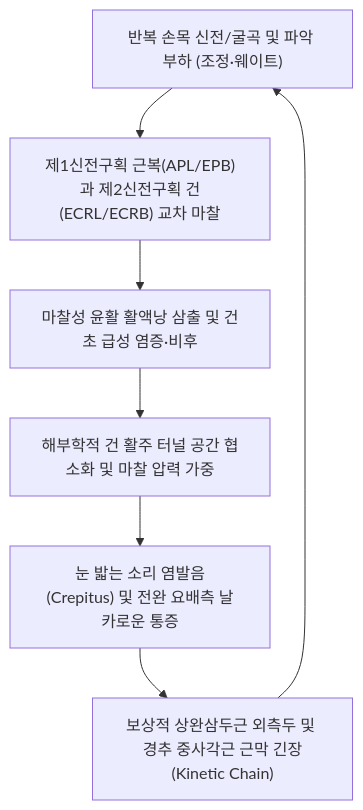
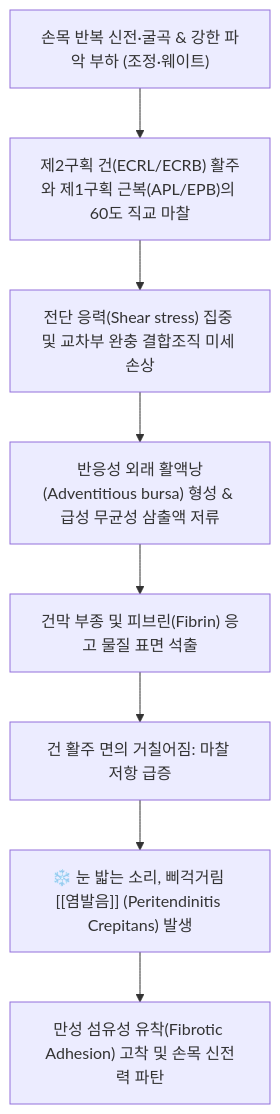
The first of 3 diagrams in content/3. 이론 공부/질환/근골격계 질환/척추/교차점 증후군.md (simbio11/simbio-digital-garden2), drawn with Mermaid before and after one commit. The commit also changed other lines of this file and 350 other files, not shown here.

````diff
--- a/content/3. 이론 공부/질환/근골격계 질환/척추/교차점 증후군.md
+++ b/content/3. 이론 공부/질환/근골격계 질환/척추/교차점 증후군.md
@@ -97,9 +127,10 @@
 ```mermaid
 flowchart TD
-  A["반복 손목 신전/굴곡 및 파악 부하 (조정·웨이트)"] --> B["제1신전구획 근복(APL/EPB)과 제2신전구획 건(ECRL/ECRB) 교차 마찰"]
-  B --> C["마찰성 윤활 활액낭 삼출 및 건초 급성 염증·비후"]
-  C --> D["해부학적 건 활주 터널 공간 협소화 및 마찰 압력 가중"]
-  D --> E["눈 밟는 소리 염발음(Crepitus) 및 전완 요배측 날카로운 통증"]
-  E --> F["보상적 상완삼두근 외측두 및 경추 중사각근 근막 긴장(Kinetic Chain)"]
-  F --> A
+  A["손목 반복 신전·굴곡 & 강한 파악 부하 (조정·웨이트)"] --> B["제2구획 건(ECRL/ECRB) 활주와 제1구획 근복(APL/EPB)의 60도 직교 마찰"]
+  B --> C["전단 응력(Shear stress) 집중 및 교차부 완충 결합조직 미세 손상"]
+  C --> D["반응성 외래 활액낭(Adventitious bursa) 형성 & 급성 무균성 삼출액 저류"]
+  D --> E["건막 부종 및 피브린(Fibrin) 응고 물질 표면 석출"]
+  E --> F["건 활주 면의 거칠어짐: 마찰 저항 급증"]
+  F --> G["❄️ 눈 밟는 소리, 삐걱거림 [[염발음]] (Peritendinitis Crepitans) 발생"]
+  G --> H["만성 섬유성 유착(Fibrotic Adhesion) 고착 및 손목 신전력 파탄"]
 ```
````
